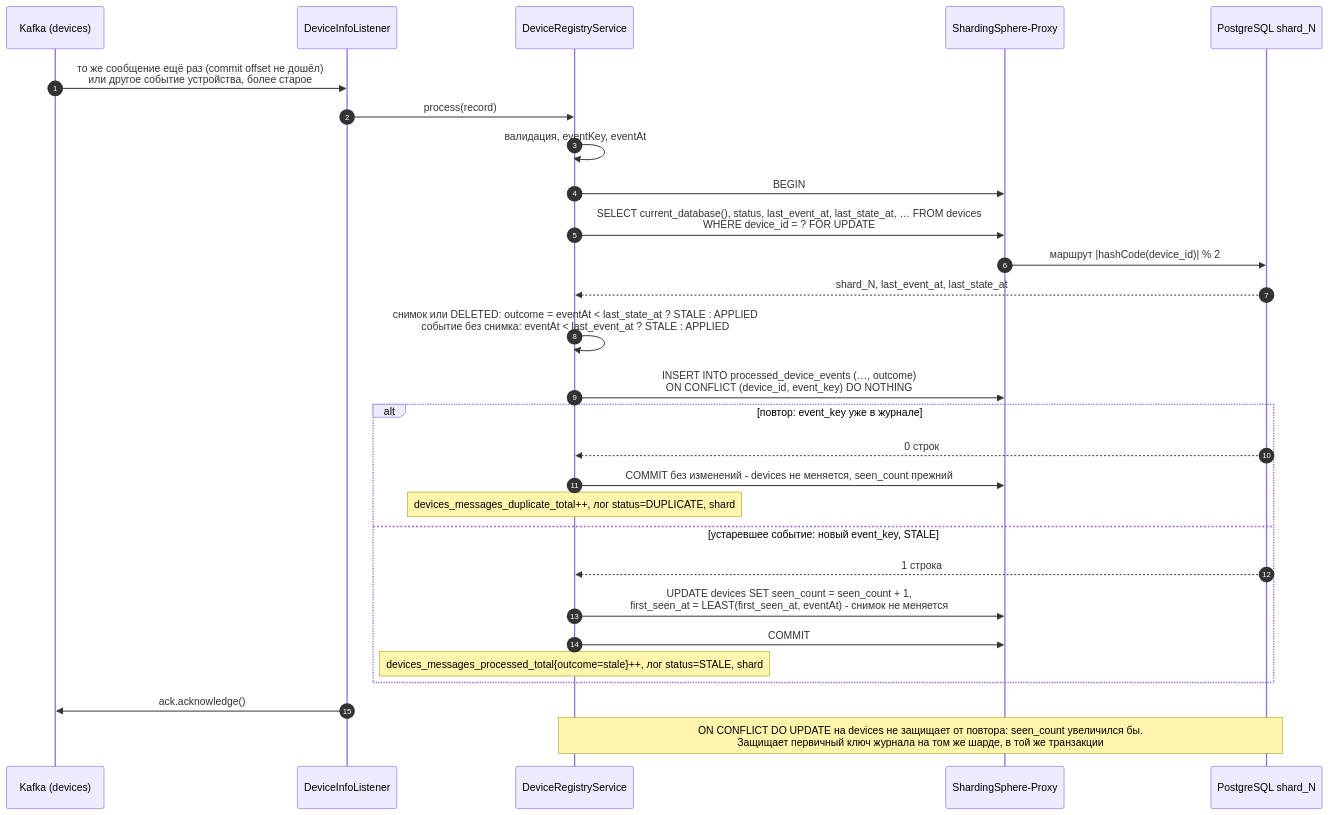
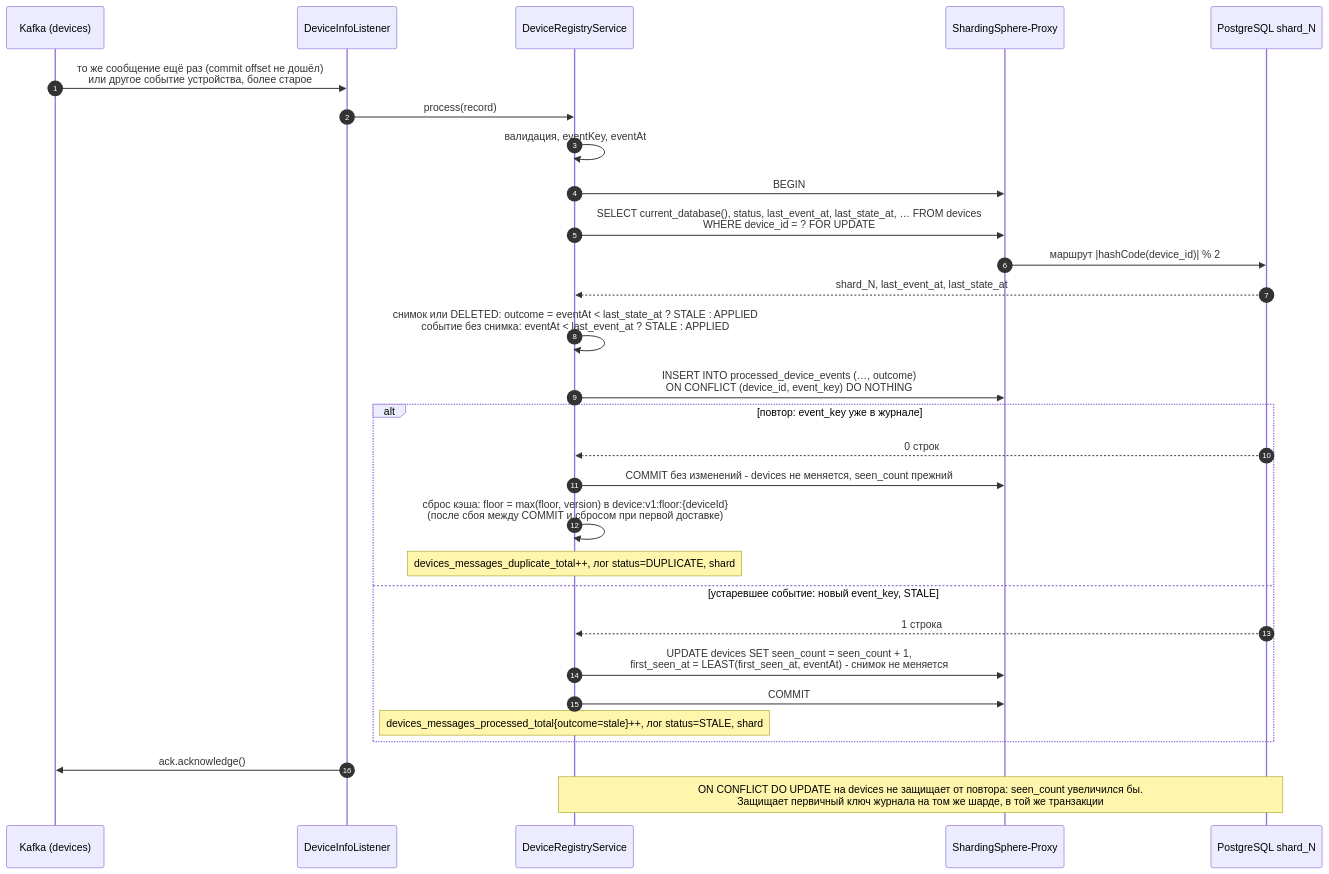
One commit to gluhov-d/iot-platform changed the diagram in diagrams/dcs-duplicate-sequence.mmd. Above: the diagram before and after it, drawn with Mermaid. The commit also changed 28 other files, not shown here.

```diff
--- a/diagrams/dcs-duplicate-sequence.mmd
+++ b/diagrams/dcs-duplicate-sequence.mmd
@@ -1,30 +1,31 @@
 %% device-collector-service: повторная доставка и устаревшее событие
 sequenceDiagram
     autonumber
     participant K as Kafka (devices)
     participant L as DeviceInfoListener
     participant S as DeviceRegistryService
     participant P as ShardingSphere-Proxy
     participant DB as PostgreSQL shard_N
 
     K->>L: то же сообщение ещё раз (commit offset не дошёл)<br/>или другое событие устройства, более старое
     L->>S: process(record)
     S->>S: валидация, eventKey, eventAt
     S->>P: BEGIN
     S->>P: SELECT current_database(), status, last_event_at, last_state_at, … FROM devices<br/>WHERE device_id = ? FOR UPDATE
     P->>DB: маршрут |hashCode(device_id)| % 2
     DB-->>S: shard_N, last_event_at, last_state_at
     S->>S: снимок или DELETED: outcome = eventAt < last_state_at ? STALE : APPLIED<br/>событие без снимка: eventAt < last_event_at ? STALE : APPLIED
     S->>P: INSERT INTO processed_device_events (…, outcome)<br/>ON CONFLICT (device_id, event_key) DO NOTHING
     alt повтор: event_key уже в журнале
         DB-->>S: 0 строк
         S->>P: COMMIT без изменений - devices не меняется, seen_count прежний
+        S->>S: сброс кэша: floor = max(floor, version) в device:v1:floor:{deviceId}<br/>(после сбоя между COMMIT и сбросом при первой доставке)
         Note over S: devices_messages_duplicate_total++, лог status=DUPLICATE, shard
     else устаревшее событие: новый event_key, STALE
         DB-->>S: 1 строка
         S->>P: UPDATE devices SET seen_count = seen_count + 1,<br/>first_seen_at = LEAST(first_seen_at, eventAt) - снимок не меняется
         S->>P: COMMIT
         Note over S: devices_messages_processed_total{outcome=stale}++, лог status=STALE, shard
     end
     L->>K: ack.acknowledge()
     Note over S,DB: ON CONFLICT DO UPDATE на devices не защищает от повтора: seen_count увеличился бы.<br/>Защищает первичный ключ журнала на том же шарде, в той же транзакции
```
